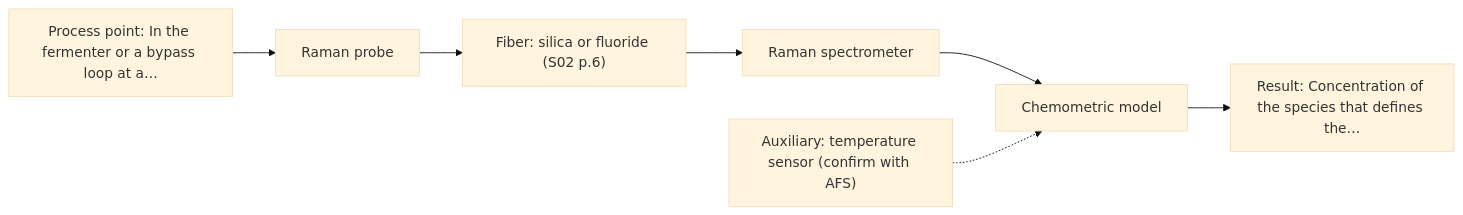
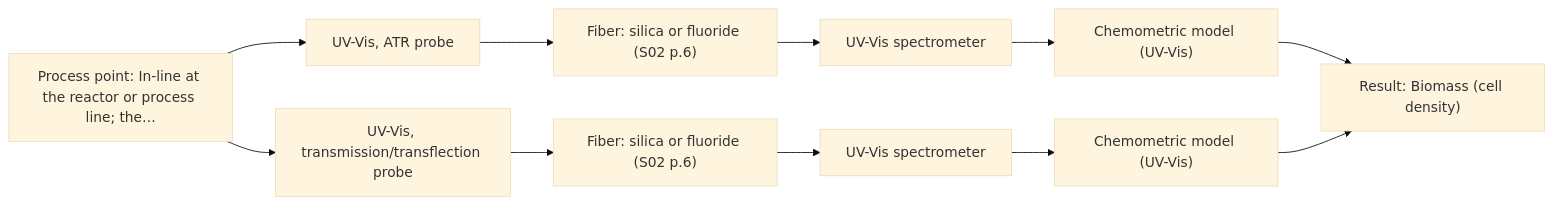
One commit to sleipnir029/Afs-Spectroscopy-Assistant changed the first of 2 diagrams in outputs/dev/D05.md. Above: the diagram before and after it, drawn with Mermaid (base theme). The commit also changed other lines of this file and 15 other files, not shown here.

Commit message:
Phase 4 dev outputs (--external=live, code f6538ee): 8/8 pass, 0 hard failures, 227/227 citations, replay 8/8 equal, 15/15 charts, 8/8 cost

````diff
--- a/outputs/dev/D05.md
+++ b/outputs/dev/D05.md
@@ -36,16 +38,23 @@
 ```mermaid
 flowchart LR
-    proc["Process point: In the fermenter or a bypass loop at a…"]
-    probe1["Raman probe"]
+    proc["Process point: In-line at the reactor or process line; the…"]
+    probe1["UV-Vis, ATR probe"]
     fiber1["Fiber: silica or fluoride (S02 p.6)"]
-    spec1["Raman spectrometer"]
-    model["Chemometric model"]
-    result["Result: Concentration of the species that defines the…"]
-    aux1["Auxiliary: temperature sensor (confirm with AFS)"]
+    spec1["UV-Vis spectrometer"]
+    model1["Chemometric model (UV-Vis)"]
+    probe2["UV-Vis, transmission/transflection probe"]
+    fiber2["Fiber: silica or fluoride (S02 p.6)"]
+    spec2["UV-Vis spectrometer"]
+    model2["Chemometric model (UV-Vis)"]
+    result["Result: Biomass (cell density)"]
     proc --> probe1
     probe1 --> fiber1
     fiber1 --> spec1
-    spec1 --> model
-    model --> result
-    aux1 -.-> model
+    spec1 --> model1
+    proc --> probe2
+    probe2 --> fiber2
+    fiber2 --> spec2
+    spec2 --> model2
+    model1 --> result
+    model2 --> result
 ```
````
